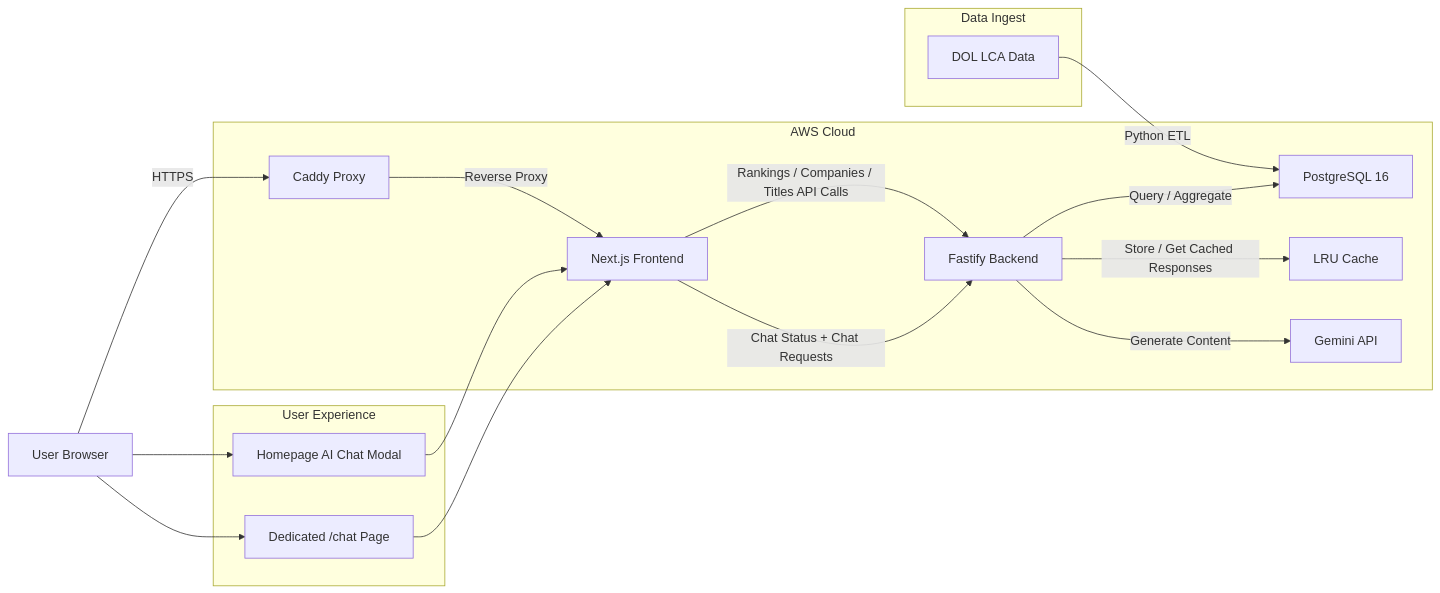
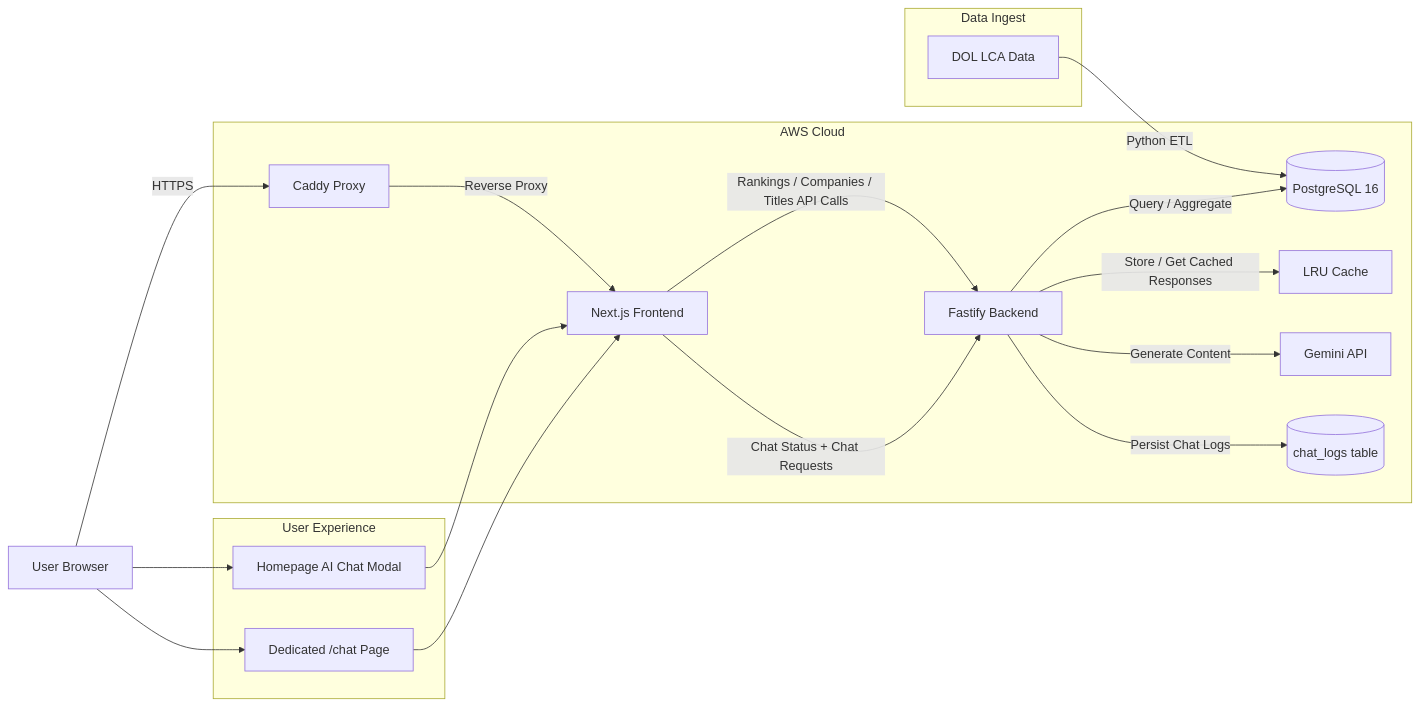
Before and after one commit to ewangchong/h1bfriendly.com: the diagram in README.md, drawn with Mermaid.

Commit message:
docs(architecture): include chat logs in system diagram

````diff
--- a/README.md
+++ b/README.md
@@ -18,27 +18,28 @@
 ```mermaid
 graph LR
     User[User Browser] -->|HTTPS| Caddy[Caddy Proxy]
 
     subgraph AWS_EC2 [AWS Cloud]
         Caddy -->|Reverse Proxy| Web[Next.js Frontend]
         Web -->|Rankings / Companies / Titles API Calls| Backend[Fastify Backend]
         Web -->|Chat Status + Chat Requests| Backend
-        Backend -->|Query / Aggregate| DB[PostgreSQL 16]
+        Backend -->|Query / Aggregate| DB[(PostgreSQL 16)]
         Backend -->|Store / Get Cached Responses| Cache[LRU Cache]
         Backend -->|Generate Content| Gemini[Gemini API]
+        Backend -->|Persist Chat Logs| ChatLogs[(chat_logs table)]
     end
 
     subgraph Pipeline [Data Ingest]
         DOL[DOL LCA Data] -->|Python ETL| DB
     end
 
     subgraph UX [User Experience]
         HomeModal[Homepage AI Chat Modal]
         ChatPage[Dedicated /chat Page]
     end
 
     User --> HomeModal
     User --> ChatPage
     HomeModal --> Web
     ChatPage --> Web
 ```
````
